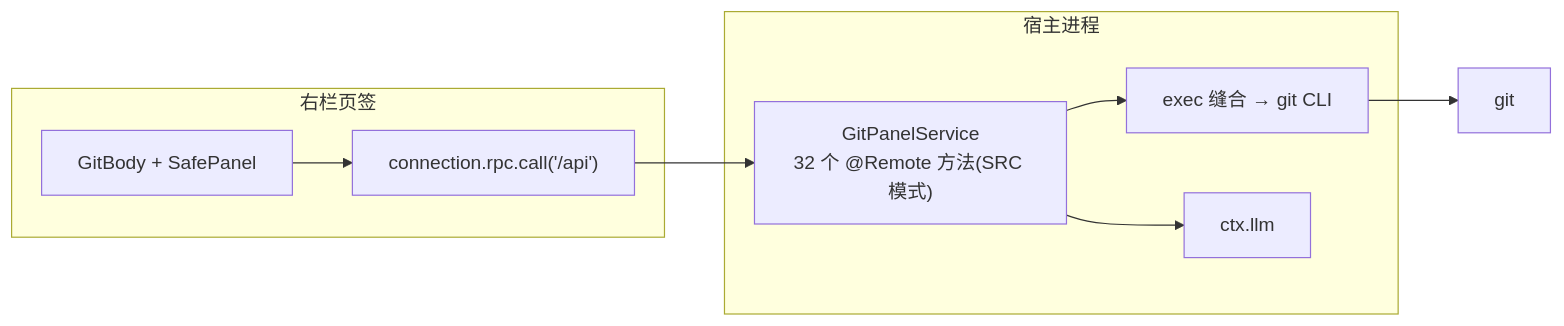
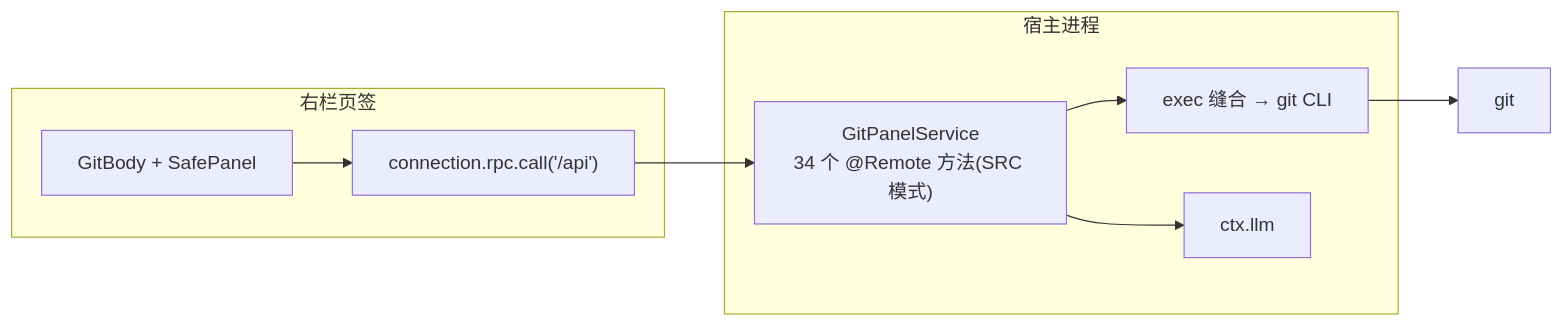
The diagram in README.md (z-y-q/dsh-git-panel), drawn with Mermaid before and after one commit. The commit also changed other lines of this file and 2 other files, not shown here.

Commit message:
docs: 同步 v0.7.x 文档 — README 特性/版本/方法数(34),CHANGELOG 补 0.7.0/0.7.1,ARCHITECTURE 方法清单与生命周期集成测试

````diff
--- a/README.md
+++ b/README.md
@@ -30,14 +34,14 @@
 ```mermaid
 flowchart LR
     subgraph Browser["右栏页签"]
         UI["GitBody + SafePanel"]
         RPC["connection.rpc.call('/api')"]
     end
     subgraph Host["宿主进程"]
-        SVC["GitPanelService\n32 个 @Remote 方法(SRC 模式)"]
+        SVC["GitPanelService\n34 个 @Remote 方法(SRC 模式)"]
         EXE["exec 缝合 → git CLI"]
         LLM["ctx.llm"]
     end
     UI --> RPC --> SVC --> EXE --> GIT["git"]
     SVC --> LLM
 ```
````
